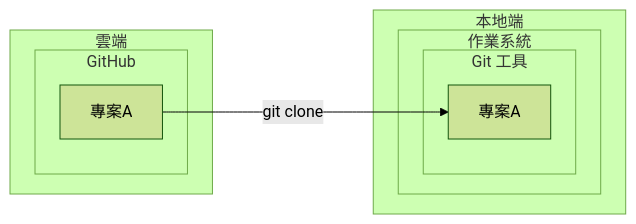
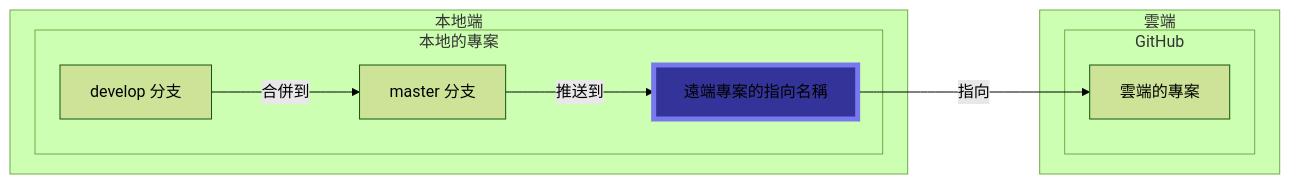
One commit to lmk999999/LifeNote changed diagram 11 of 12 in Program/Git/Git 的基本操作教學.md. Above: the diagram before and after it, drawn with Mermaid (forest theme). The commit also changed other lines of this file, not shown here.

````diff
--- a/Program/Git/Git 的基本操作教學.md
+++ b/Program/Git/Git 的基本操作教學.md
@@ -357,19 +480,24 @@
 ```mermaid
 graph LR
 
    subgraph local["本地端"]
-      subgraph os["作業系統"]
-         subgraph git["Git 工具"]
-            bl1["專案A"]
-         end
+      subgraph projectlocal["本地的專案"]
+         branch1["master 分支"]
+         branch2["develop 分支"]
+         remote1["遠端專案的指向名稱"]
       end
    end
 
    subgraph cloud["雲端"]
       subgraph web["GitHub"]
-         bw1["專案A"]
+         projectcloud["雲端的專案"]
       end
    end
 
-   bw1 ---> |git clone| bl1
+   remote1 ---> |指向| projectcloud
+   branch2 ---> |合併到| branch1
+   branch1 ---> |推送到| remote1
+
+   style remote1 fill:#339,stroke:#77E,stroke-width:5px
+
 ```
````
